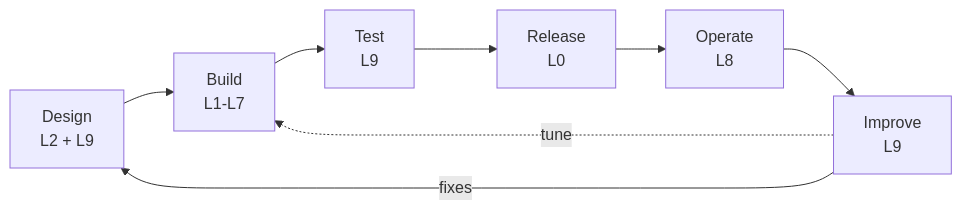
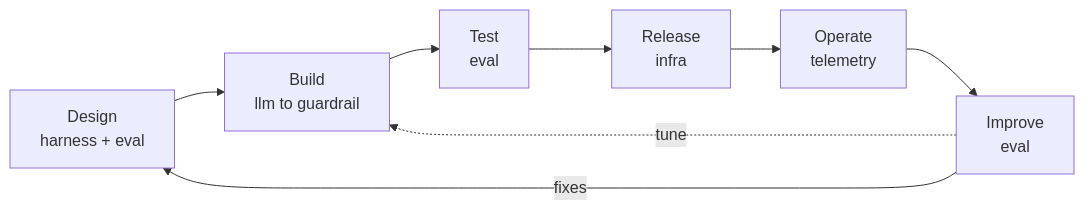
The diagram in docs/lifecycle.md (aantenore/agent-layers), drawn with Mermaid before and after one commit. The commit also changed other lines of this file and 72 other files, not shown here.

````diff
--- a/docs/lifecycle.md
+++ b/docs/lifecycle.md
@@ -6,10 +6,10 @@
 ```mermaid
 flowchart LR
-  design[Design<br/>L2 + L9] --> build[Build<br/>L1-L7]
-  build --> test[Test<br/>L9]
-  test --> release[Release<br/>L0]
-  release --> operate[Operate<br/>L8]
-  operate --> improve[Improve<br/>L9]
+  design[Design<br/>harness + eval] --> build[Build<br/>llm to guardrail]
+  build --> test[Test<br/>eval]
+  test --> release[Release<br/>infra]
+  release --> operate[Operate<br/>telemetry]
+  operate --> improve[Improve<br/>eval]
   improve -->|fixes| design
   improve -.->|tune| build
 ```
````
